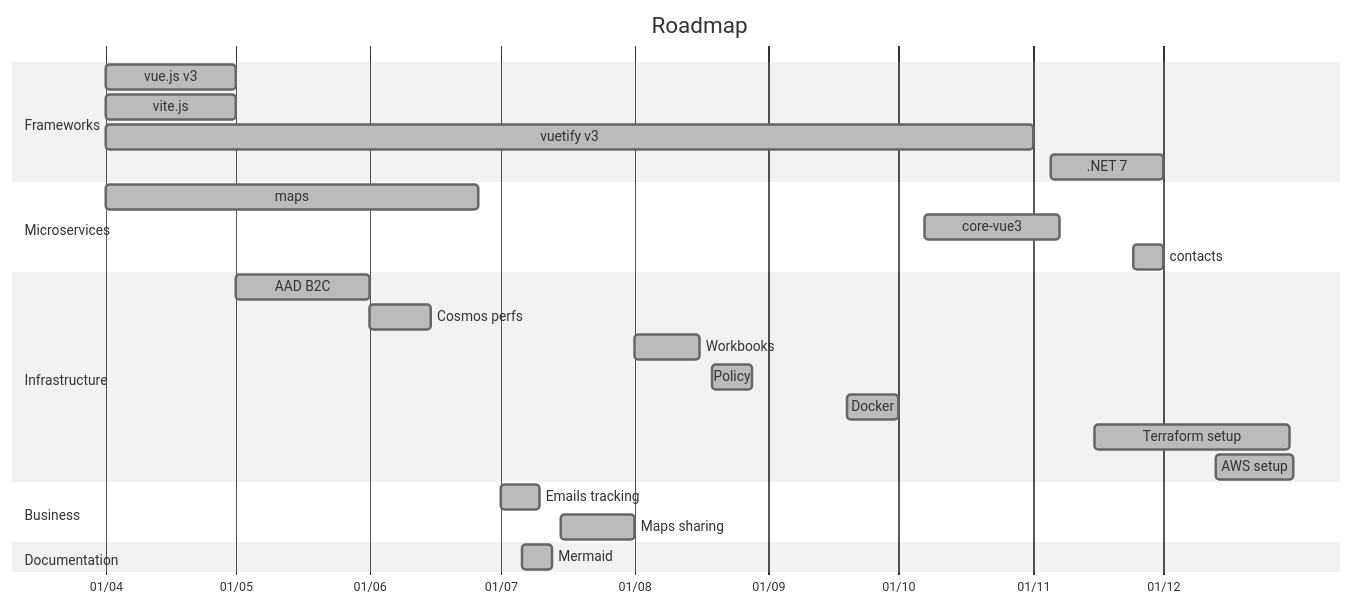
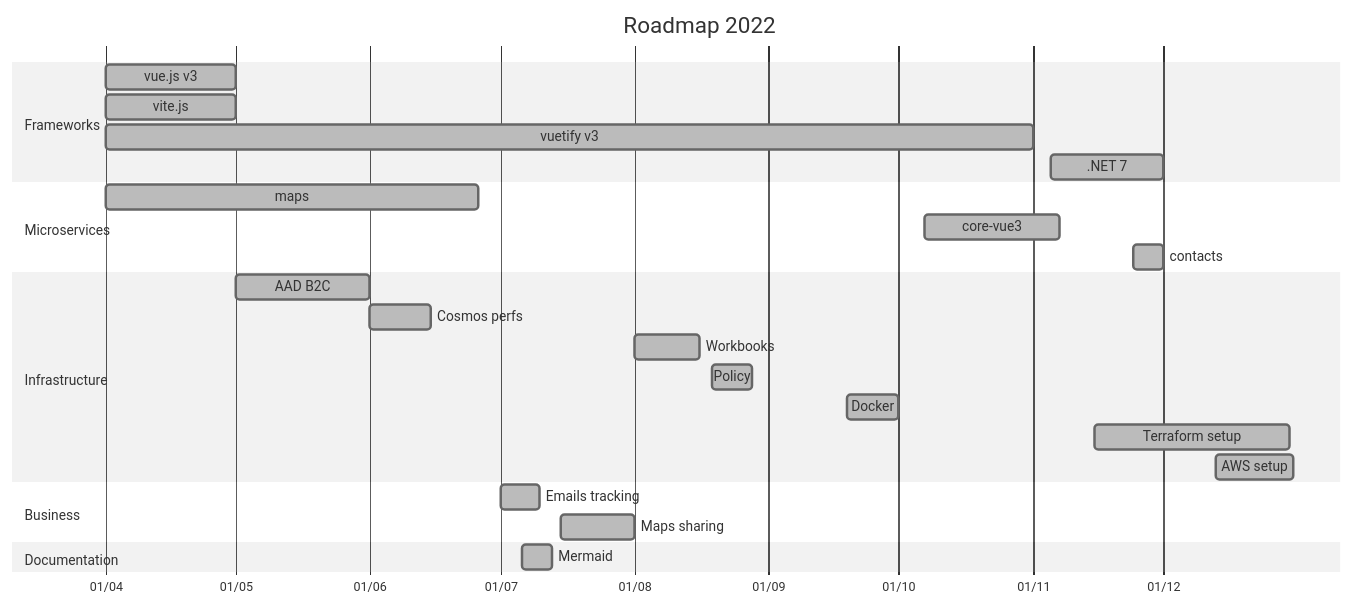
Before and after one commit to amilochau/amilochau: the third of 3 diagrams in docs/roadmap.md, drawn with Mermaid (neutral theme). The commit also changed other lines of this file, not shown here.

Commit message:
Update roadmap with more 2024 items

````diff
--- a/docs/roadmap.md
+++ b/docs/roadmap.md
@@ -136,33 +165,33 @@
 ```mermaid
 gantt
-  title Roadmap
+  title Roadmap 2022
   dateFormat YYYY-MM-DD
   axisFormat %d/%m
 
   section Frameworks
   vue.js v3       : done,       vue,        2022-04-01,               2022-05-01
   vite.js         : done,       vite,       2022-04-01,               2022-05-01
   vuetify v3      : done,       vuetify,    2022-04-01,               2022-11-01
   .NET 7          : done,       dotnet,     2022-11-05,               2022-12-01
 
   section Microservices
   maps            : done,       maps,       2022-04-01,               2022-06-26
   core-vue3       : done,       corevue3,   2022-10-07,               2022-11-07
   contacts        : done,       contacts,   2022-11-24,               2022-12-01
 
   section Infrastructure
   AAD B2C         : done,       aadb2c,     2022-05-01,               2022-06-01
   Cosmos perfs    : done,       cosmos,     2022-06-01,               2022-06-15
   Workbooks       : done,       workbooks,  2022-08-01,               2022-08-16
   Policy          : done,       policy,     2022-08-19,               2022-08-28
   Docker          : done,       docker,     2022-09-19,               2022-10-01
   Terraform setup : done,       terraform,  2022-11-15,               2022-12-30
   AWS setup       : done,       aws,        2022-12-13,               2022-12-31
 
   section Business
   Emails tracking : done,       tracking,   2022-07-01,               2022-07-10
   Maps sharing    : done,       sharing,    2022-07-15,               2022-08-01
 
   section Documentation
   Mermaid         : done,       mermaid,    2022-07-06,               2022-07-13
 ```
````
